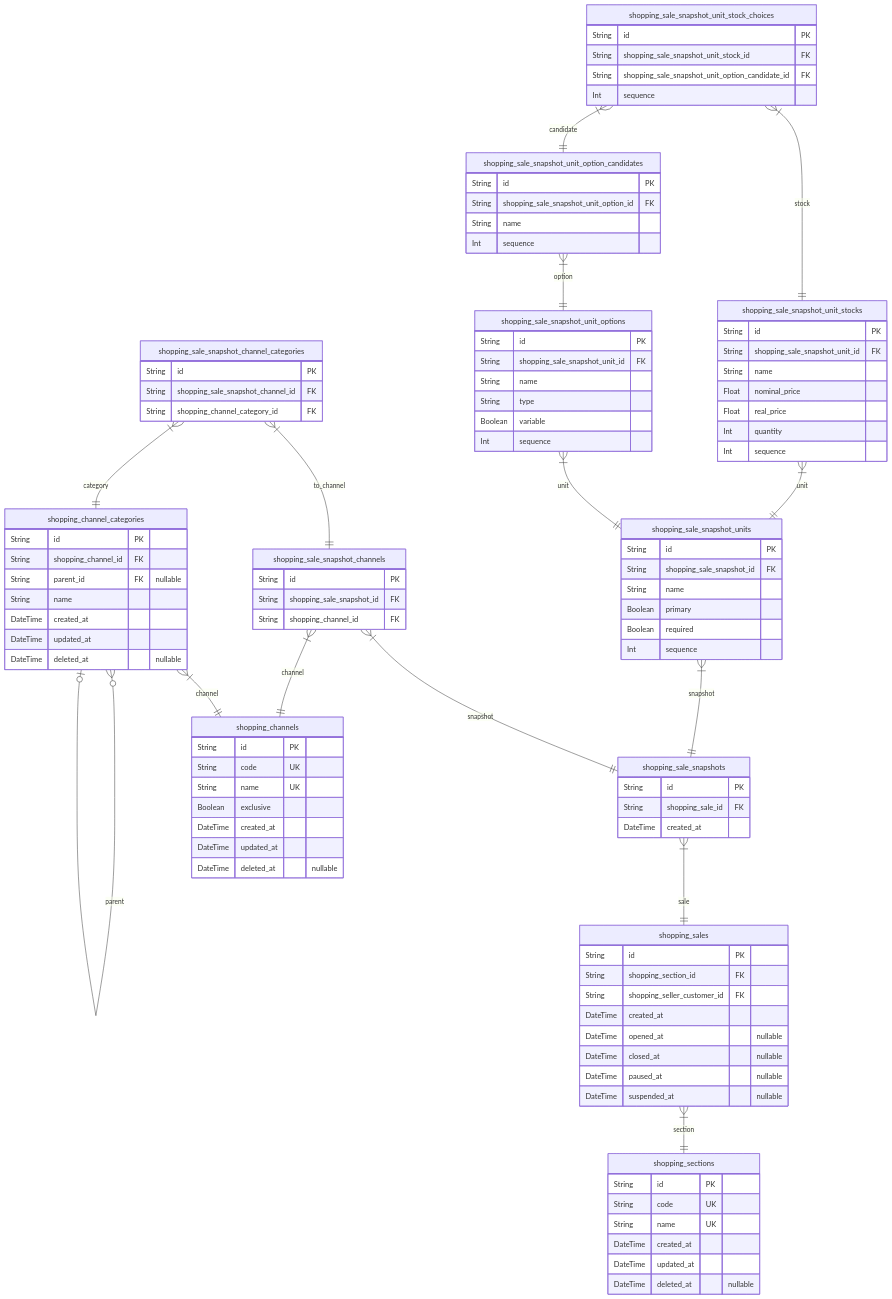
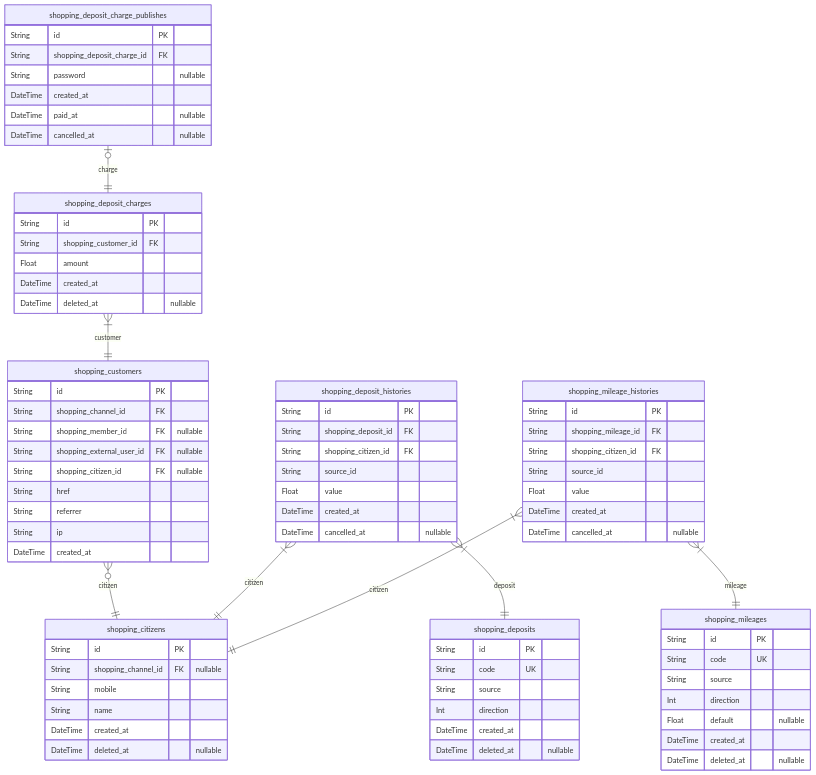
Before and after one commit to samchon/prisma-markdown: the sixth of 9 diagrams in ERD.md, drawn with Mermaid. The commit also changed other lines of this file and 3 other files, not shown here.

First line of the commit message:
Keep sequence of tables.

````diff
--- a/ERD.md
+++ b/ERD.md
@@ -719,105 +1407,79 @@
 ```mermaid
 erDiagram
-"shopping_sales" {
+"shopping_customers" {
     String id PK
-    String shopping_section_id FK
-    String shopping_seller_customer_id FK
-    DateTime created_at
-    DateTime opened_at "nullable"
-    DateTime closed_at "nullable"
-    DateTime paused_at "nullable"
-    DateTime suspended_at "nullable"
-}
-"shopping_sale_snapshots" {
-    String id PK
-    String shopping_sale_id FK
+    String shopping_channel_id FK
+    String shopping_member_id FK "nullable"
+    String shopping_external_user_id FK "nullable"
+    String shopping_citizen_id FK "nullable"
+    String href
+    String referrer
+    String ip
     DateTime created_at
 }
-"shopping_sale_snapshot_channels" {
+"shopping_citizens" {
     String id PK
-    String shopping_sale_snapshot_id FK
-    String shopping_channel_id FK
+    String shopping_channel_id FK "nullable"
+    String mobile
+    String name
+    DateTime created_at
+    DateTime deleted_at "nullable"
 }
-"shopping_sale_snapshot_channel_categories" {
-    String id PK
-    String shopping_sale_snapshot_channel_id FK
-    String shopping_channel_category_id FK
-}
-"shopping_sale_snapshot_units" {
-    String id PK
-    String shopping_sale_snapshot_id FK
-    String name
-    Boolean primary
-    Boolean required
-    Int sequence
-}
-"shopping_sale_snapshot_unit_options" {
-    String id PK
-    String shopping_sale_snapshot_unit_id FK
-    String name
-    String type
-    Boolean variable
-    Int sequence
-}
-"shopping_sale_snapshot_unit_option_candidates" {
-    String id PK
-    String shopping_sale_snapshot_unit_option_id FK
-    String name
-    Int sequence
-}
-"shopping_sale_snapshot_unit_stocks" {
-    String id PK
-    String shopping_sale_snapshot_unit_id FK
-    String name
-    Float nominal_price
-    Float real_price
-    Int quantity
-    Int sequence
-}
-"shopping_sale_snapshot_unit_stock_choices" {
-    String id PK
-    String shopping_sale_snapshot_unit_stock_id FK
-    String shopping_sale_snapshot_unit_option_candidate_id FK
-    Int sequence
-}
-"shopping_channels" {
+"shopping_deposits" {
     String id PK
     String code UK
-    String name UK
-    Boolean exclusive
+    String source
+    Int direction
     DateTime created_at
-    DateTime updated_at
     DateTime deleted_at "nullable"
 }
-"shopping_channel_categories" {
+"shopping_deposit_histories" {
     String id PK
-    String shopping_channel_id FK
-    String parent_id FK "nullable"
-    String name
+    String shopping_deposit_id FK
+    String shopping_citizen_id FK
+    String source_id
+    Float value
     DateTime created_at
-    DateTime updated_at
+    DateTime cancelled_at "nullable"
+}
+"shopping_deposit_charges" {
+    String id PK
+    String shopping_customer_id FK
+    Float amount
+    DateTime created_at
     DateTime deleted_at "nullable"
 }
-"shopping_sections" {
+"shopping_deposit_charge_publishes" {
+    String id PK
+    String shopping_deposit_charge_id FK
+    String password "nullable"
+    DateTime created_at
+    DateTime paid_at "nullable"
+    DateTime cancelled_at "nullable"
+}
+"shopping_mileages" {
     String id PK
     String code UK
-    String name UK
+    String source
+    Int direction
+    Float default "nullable"
     DateTime created_at
-    DateTime updated_at
     DateTime deleted_at "nullable"
 }
-"shopping_sales" }|--|| "shopping_sections" : section
-"shopping_sale_snapshots" }|--|| "shopping_sales" : sale
-"shopping_sale_snapshot_channels" }|--|| "shopping_sale_snapshots" : snapshot
-"shopping_sale_snapshot_channels" }|--|| "shopping_channels" : channel
-"shopping_sale_snapshot_channel_categories" }|--|| "shopping_sale_snapshot_channels" : to_channel
-"shopping_sale_snapshot_channel_categories" }|--|| "shopping_channel_categories" : category
-"shopping_sale_snapshot_units" }|--|| "shopping_sale_snapshots" : snapshot
-"shopping_sale_snapshot_unit_options" }|--|| "shopping_sale_snapshot_units" : unit
-"shopping_sale_snapshot_unit_option_candidates" }|--|| "shopping_sale_snapshot_unit_options" : option
-"shopping_sale_snapshot_unit_stocks" }|--|| "shopping_sale_snapshot_units" : unit
-"shopping_sale_snapshot_unit_stock_choices" }|--|| "shopping_sale_snapshot_unit_stocks" : stock
-"shopping_sale_snapshot_unit_stock_choices" }|--|| "shopping_sale_snapshot_unit_option_candidates" : candidate
-"shopping_channel_categories" }|--|| "shopping_channels" : channel
-"shopping_channel_categories" }o--o| "shopping_channel_categories" : parent
+"shopping_mileage_histories" {
+    String id PK
+    String shopping_mileage_id FK
+    String shopping_citizen_id FK
+    String source_id
+    Float value
+    DateTime created_at
+    DateTime cancelled_at "nullable"
+}
+"shopping_customers" }o--|| "shopping_citizens" : citizen
+"shopping_deposit_histories" }|--|| "shopping_deposits" : deposit
+"shopping_deposit_histories" }|--|| "shopping_citizens" : citizen
+"shopping_deposit_charges" }|--|| "shopping_customers" : customer
+"shopping_deposit_charge_publishes" |o--|| "shopping_deposit_charges" : charge
+"shopping_mileage_histories" }|--|| "shopping_mileages" : mileage
+"shopping_mileage_histories" }|--|| "shopping_citizens" : citizen
 ```
````
